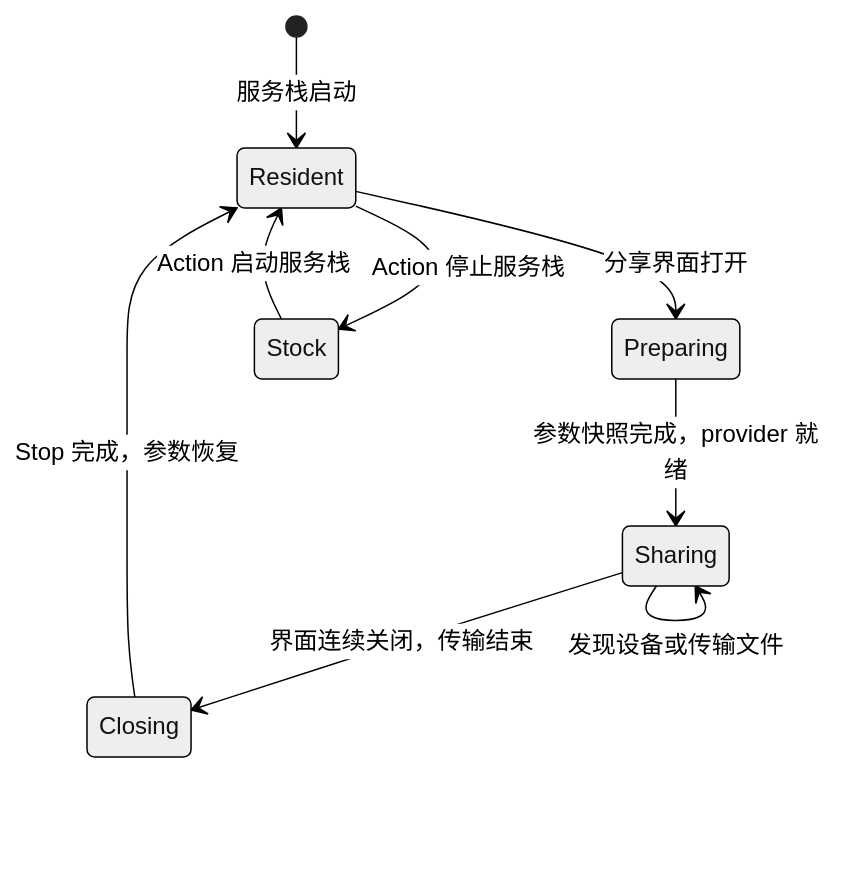
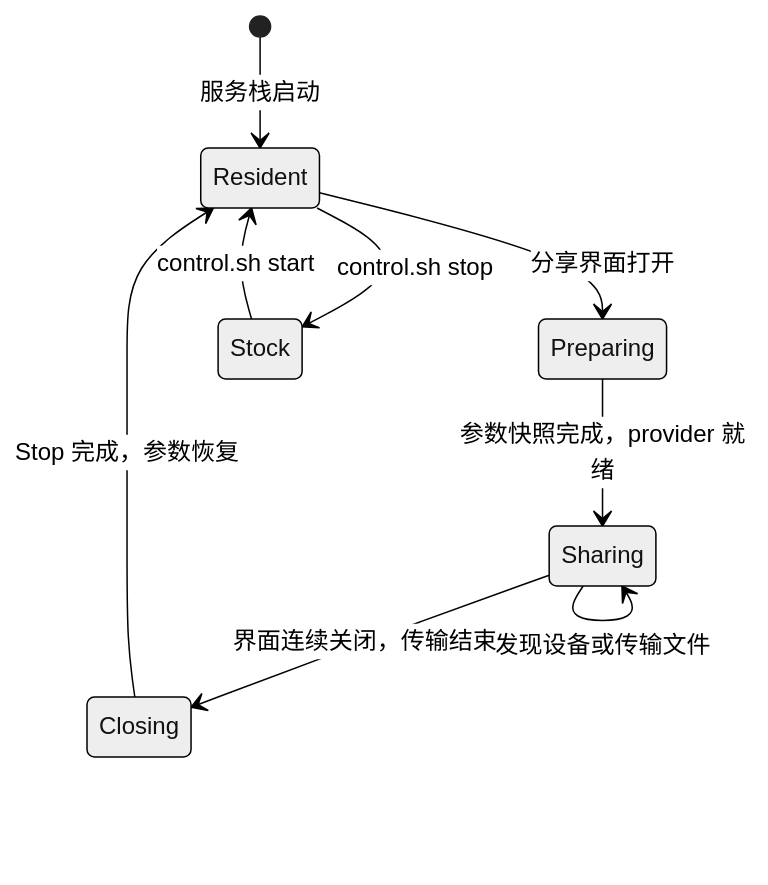
The second of 2 diagrams in docs/TECHNICAL.md (Weverses/OPAirDrop), drawn with Mermaid (neutral theme) before and after one commit. The commit also changed other lines of this file and 8 other files, not shown here.

````diff
--- a/docs/TECHNICAL.md
+++ b/docs/TECHNICAL.md
@@ -62,11 +62,11 @@
 ```mermaid
 stateDiagram-v2
     [*] --> Resident: 服务栈启动
     Resident --> Preparing: 分享界面打开
     Preparing --> Sharing: 参数快照完成，provider 就绪
     Sharing --> Sharing: 发现设备或传输文件
     Sharing --> Closing: 界面连续关闭，传输结束
     Closing --> Resident: Stop 完成，参数恢复
-    Resident --> Stock: Action 停止服务栈
-    Stock --> Resident: Action 启动服务栈
+    Resident --> Stock: control.sh stop
+    Stock --> Resident: control.sh start
 ```
````
